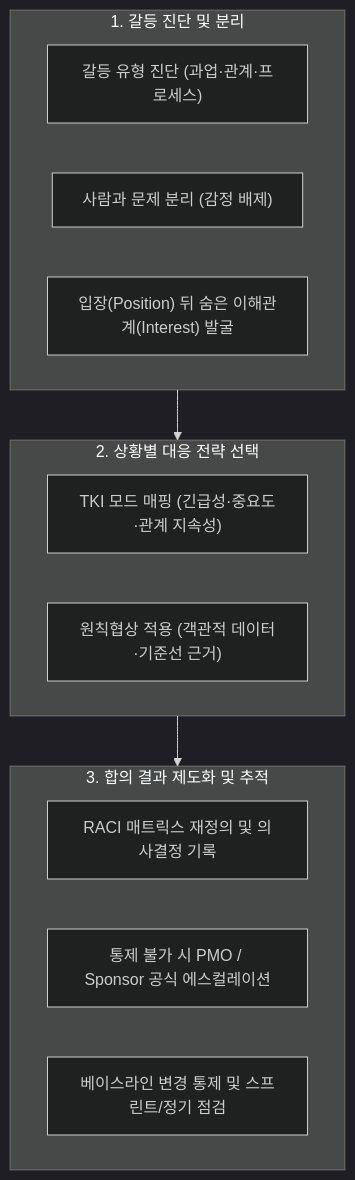
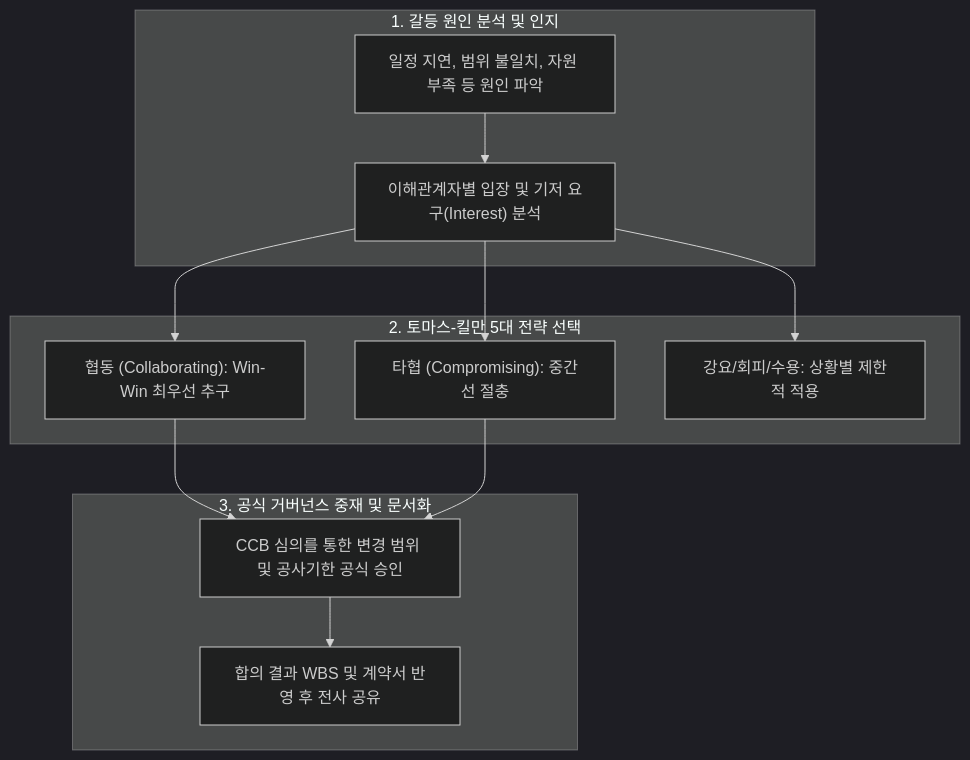
The third of 4 diagrams in src/content/docs/notes/itpe/01-it-strategy/035_conflict_management.md (agnusdei1207/study), drawn with Mermaid (dark theme) before and after one commit. The commit also changed other lines of this file and 80 other files, not shown here.

````diff
--- a/src/content/docs/notes/itpe/01-it-strategy/035_conflict_management.md
+++ b/src/content/docs/notes/itpe/01-it-strategy/035_conflict_management.md
@@ -105,20 +108,19 @@
 ```mermaid
 flowchart TD
-    subgraph Diagnosis["1. 갈등 진단 및 분리"]
-        D1["갈등 유형 진단 (과업·관계·프로세스)"]
-        D2["사람과 문제 분리 (감정 배제)"]
-        D3["입장(Position) 뒤 숨은 이해관계(Interest) 발굴"]
+    subgraph Identify["1. 갈등 원인 분석 및 인지"]
+        C1["일정 지연, 범위 불일치, 자원 부족 등 원인 파악"]
+        C2["이해관계자별 입장 및 기저 요구(Interest) 분석"]
+        C1 --> C2
     end
-    subgraph Mode["2. 상황별 대응 전략 선택"]
-        M1["TKI 모드 매핑 (긴급성·중요도·관계 지속성)"]
-        M2["원칙협상 적용 (객관적 데이터·기준선 근거)"]
+    subgraph Resolution["2. 토마스-킬만 5대 전략 선택"]
+        T1["협동 (Collaborating): Win-Win 최우선 추구"]
+        T2["타협 (Compromising): 중간선 절충"]
+        T3["강요/회피/수용: 상황별 제한적 적용"]
+        C2 --> T1 & T2 & T3
     end
-    subgraph Institutionalization["3. 합의 결과 제도화 및 추적"]
-        I1["RACI 매트릭스 재정의 및 의사결정 기록"]
-        I2["통제 불가 시 PMO / Sponsor 공식 에스컬레이션"]
-        I3["베이스라인 변경 통제 및 스프린트/정기 점검"]
+    subgraph Governance["3. 공식 거버넌스 중재 및 문서화"]
+        G1["CCB 심의를 통한 변경 범위 및 공사기한 공식 승인"]
+        G2["합의 결과 WBS 및 계약서 반영 후 전사 공유"]
+        T1 & T2 --> G1 --> G2
     end
-
-    Diagnosis --> Mode
-    Mode --> Institutionalization
 ```
````
